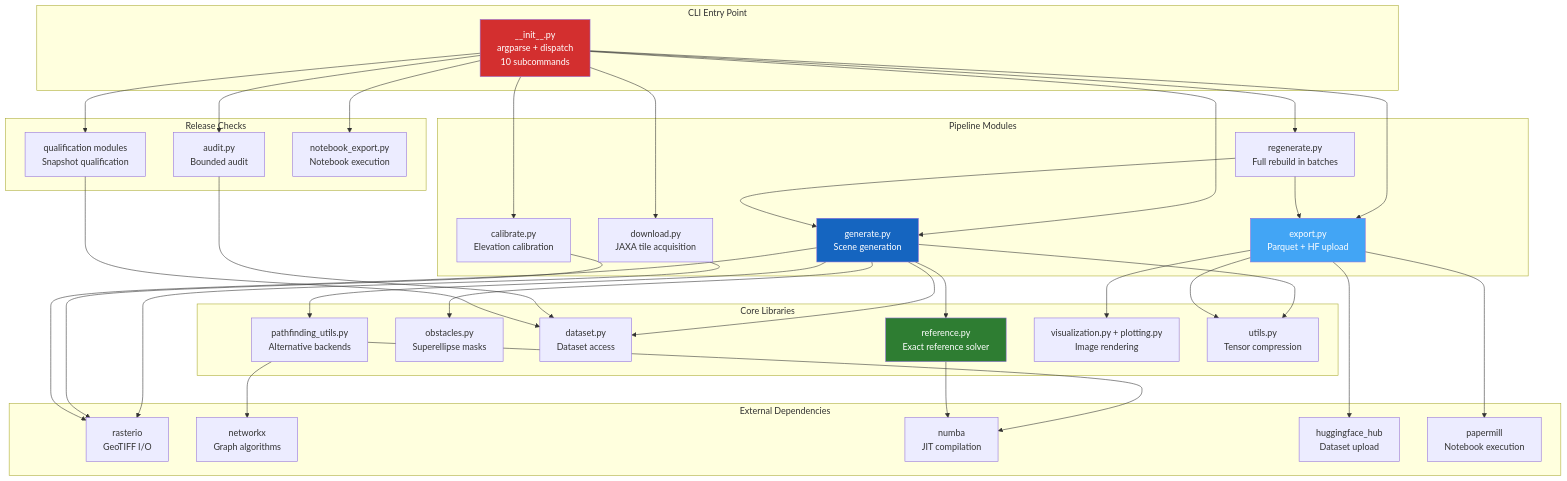
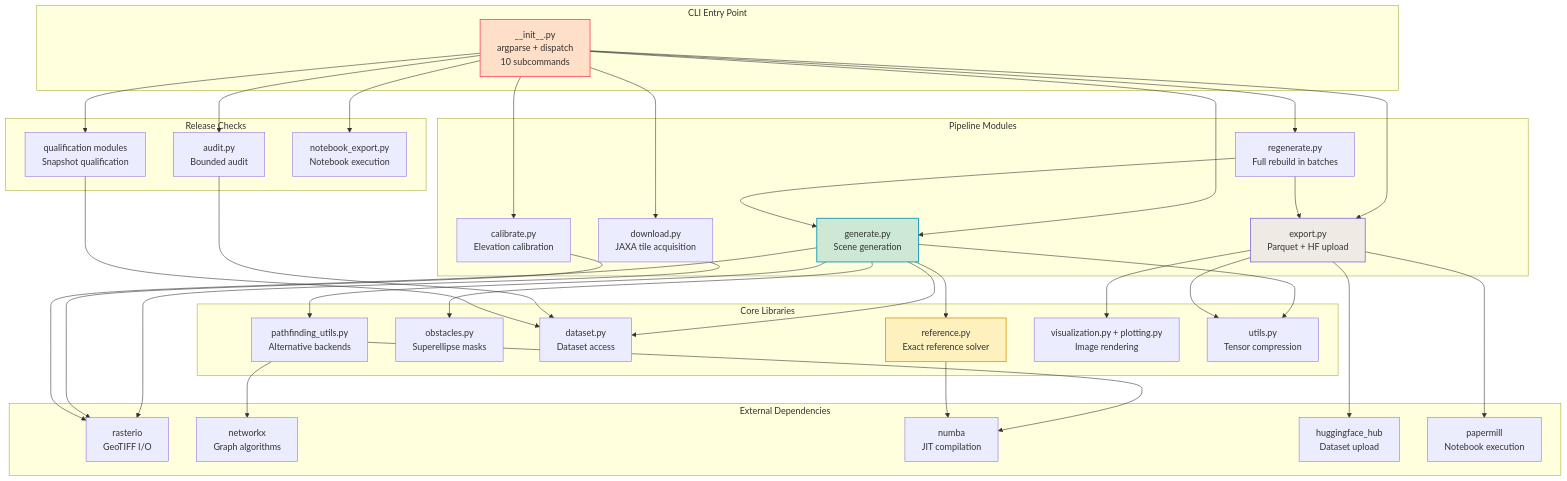
The diagram in docs/architecture/index.md (ThalesGroup/passage), drawn with Mermaid before and after one commit. The commit also changed 10 other files, not shown here.

First line of the commit message:
Docs: alpine dusk palette, zoomable Mermaid diagrams in site colours

````diff
--- a/docs/architecture/index.md
+++ b/docs/architecture/index.md
@@ -14,73 +14,73 @@
 ```mermaid
 graph TB
     subgraph CLI["CLI Entry Point"]
         MAIN["__init__.py<br>argparse + dispatch<br>10 subcommands"]
     end
 
     subgraph Pipeline["Pipeline Modules"]
         DL["download.py<br>JAXA tile acquisition"]
         CAL["calibrate.py<br>Elevation calibration"]
         GEN["generate.py<br>Scene generation"]
         EXP["export.py<br>Parquet + HF upload"]
         REG["regenerate.py<br>Full rebuild in batches"]
     end
 
     subgraph Release["Release Checks"]
         AUD["audit.py<br>Bounded audit"]
         QUA["qualification modules<br>Snapshot qualification"]
         NB["notebook_export.py<br>Notebook execution"]
     end
 
     subgraph Core["Core Libraries"]
         REF["reference.py<br>Exact reference solver"]
         OBS["obstacles.py<br>Superellipse masks"]
         DS["dataset.py<br>Dataset access"]
         PF["pathfinding_utils.py<br>Alternative backends"]
         VIZ["visualization.py + plotting.py<br>Image rendering"]
         UTL["utils.py<br>Tensor compression"]
     end
 
     subgraph External["External Dependencies"]
         RASTERIO["rasterio<br>GeoTIFF I/O"]
         NX["networkx<br>Graph algorithms"]
         NUMBA["numba<br>JIT compilation"]
         HF["huggingface_hub<br>Dataset upload"]
         PM["papermill<br>Notebook execution"]
     end
 
     MAIN --> DL
     MAIN --> CAL
     MAIN --> GEN
     MAIN --> EXP
     MAIN --> REG
     MAIN --> AUD
     MAIN --> QUA
     MAIN --> NB
 
     GEN --> REF
     GEN --> OBS
     GEN --> DS
     GEN --> UTL
     GEN --> PF
     REG --> GEN
     REG --> EXP
 
     EXP --> UTL
     EXP --> VIZ
     EXP --> PM
     AUD --> DS
     QUA --> DS
 
     DL --> RASTERIO
     CAL --> RASTERIO
     GEN --> RASTERIO
     PF --> NX
     PF --> NUMBA
     REF --> NUMBA
     EXP --> HF
 
-    style MAIN fill:#D32F2F,color:#fff
-    style GEN fill:#1565C0,color:#fff
-    style REF fill:#2E7D32,color:#fff
-    style EXP fill:#42A5F5,color:#fff
+    style MAIN fill:#ff4d5e2e,stroke:#ff4d5e,stroke-width:1.5px
+    style GEN fill:#0891b233,stroke:#0891b2,stroke-width:1.5px
+    style REF fill:#ffb93833,stroke:#d99a1b,stroke-width:1.5px
+    style EXP fill:#a78bfa2e,stroke:#8b6fe0,stroke-width:1.5px
 ```
````
